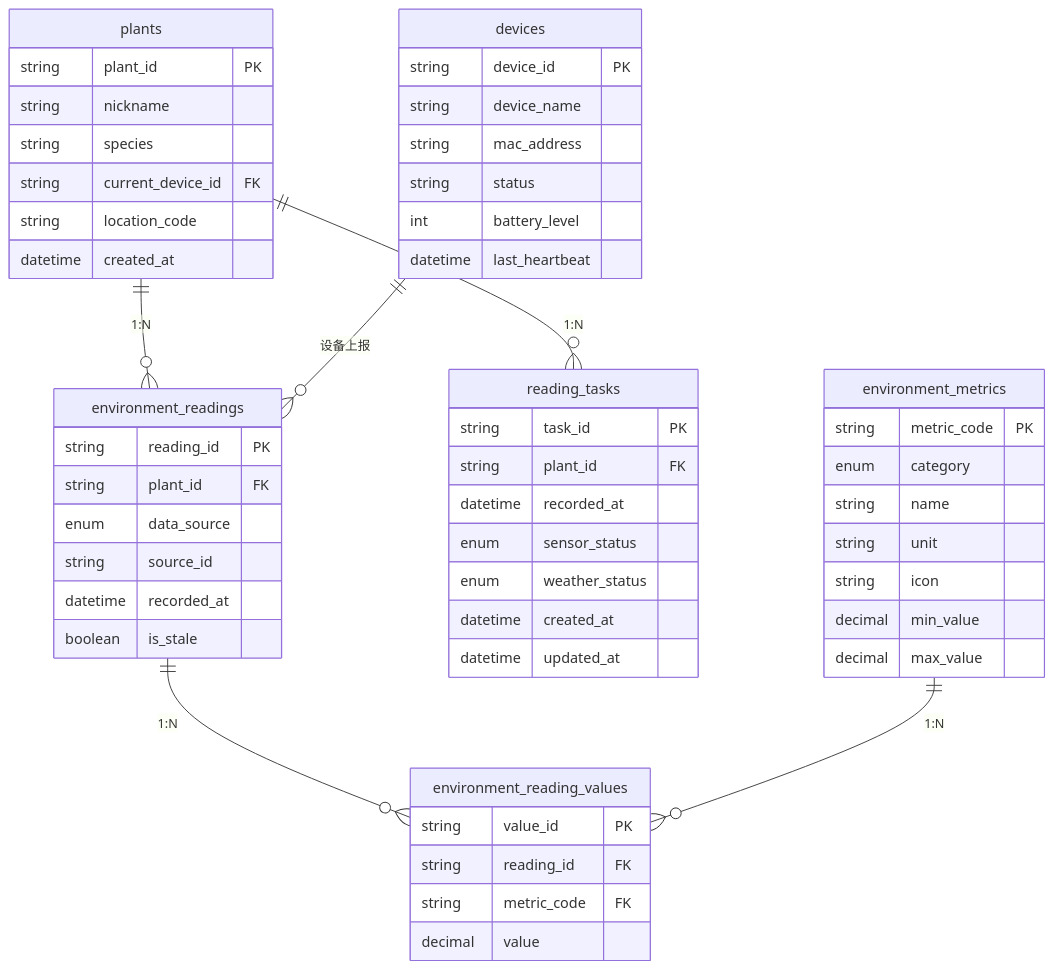
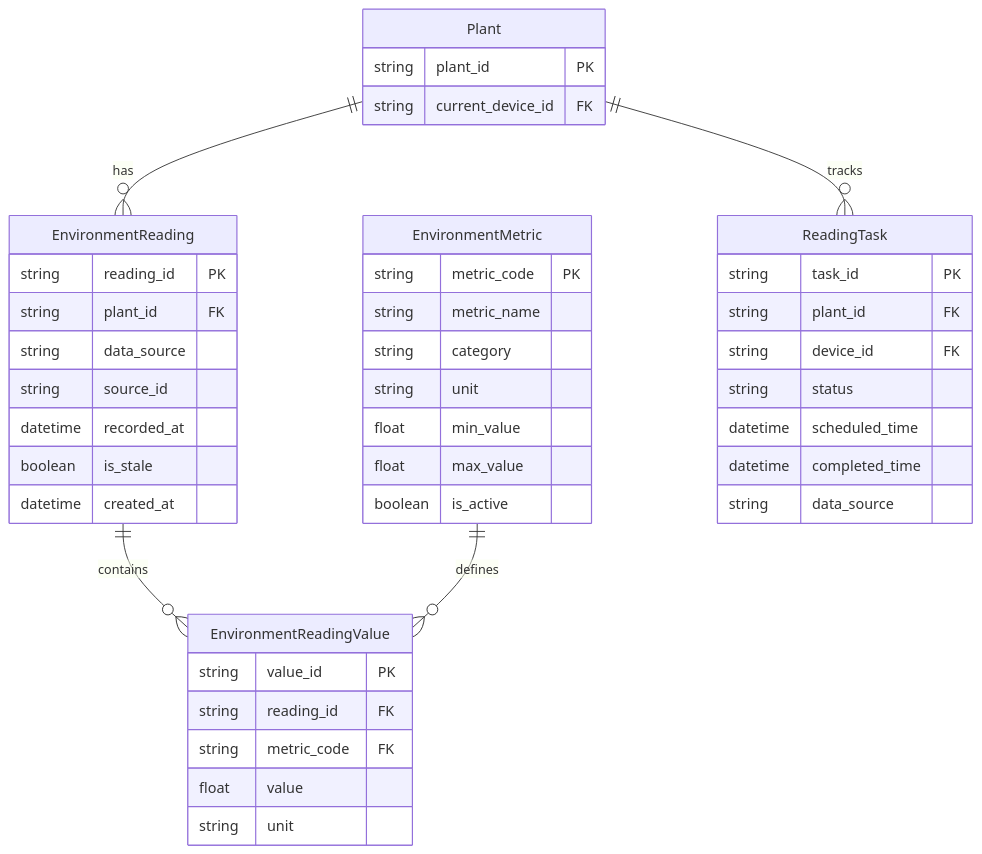
Before and after one commit to ShatterDusk/smart-garden-mvp: the third of 7 diagrams in docs/current/02-architecture/环境数据系统架构图.md, drawn with Mermaid. The commit also changed other lines of this file and 329 other files, not shown here.

````diff
--- a/docs/current/02-architecture/环境数据系统架构图.md
+++ b/docs/current/02-architecture/环境数据系统架构图.md
@@ -189,62 +168,50 @@
 ```mermaid
 erDiagram
-    plants ||--o{ environment_readings : "1:N"
-    plants ||--o{ reading_tasks : "1:N"
-    environment_readings ||--o{ environment_reading_values : "1:N"
-    environment_metrics ||--o{ environment_reading_values : "1:N"
-    devices ||--o{ environment_readings : "设备上报"
+    EnvironmentReading ||--o{ EnvironmentReadingValue : contains
+    EnvironmentMetric ||--o{ EnvironmentReadingValue : defines
+    Plant ||--o{ EnvironmentReading : has
+    Plant ||--o{ ReadingTask : tracks
     
-    plants {
-        string plant_id PK
-        string nickname
-        string species
-        string current_device_id FK
-        string location_code
+    EnvironmentReading {
+        string reading_id PK
+        string plant_id FK
+        string data_source
+        string source_id
+        datetime recorded_at
+        boolean is_stale
         datetime created_at
     }
     
-    devices {
-        string device_id PK
-        string device_name
-        string mac_address
-        string status
-        int battery_level
-        datetime last_heartbeat
-    }
-    
-    reading_tasks {
-        string task_id PK
-        string plant_id FK
-        datetime recorded_at
-        enum sensor_status
-        enum weather_status
-        datetime created_at
-        datetime updated_at
-    }
-    
-    environment_readings {
-        string reading_id PK
-        string plant_id FK
-        enum data_source
-        string source_id
-        datetime recorded_at
-        boolean is_stale
-    }
-    
-    environment_reading_values {
+    EnvironmentReadingValue {
         string value_id PK
         string reading_id FK
         string metric_code FK
-        decimal value
+        float value
+        string unit
     }
     
-    environment_metrics {
+    EnvironmentMetric {
         string metric_code PK
-        enum category
-        string name
+        string metric_name
+        string category
         string unit
-        string icon
-        decimal min_value
-        decimal max_value
+        float min_value
+        float max_value
+        boolean is_active
+    }
+    
+    ReadingTask {
+        string task_id PK
+        string plant_id FK
+        string device_id FK
+        string status
+        datetime scheduled_time
+        datetime completed_time
+        string data_source
+    }
+    
+    Plant {
+        string plant_id PK
+        string current_device_id FK
     }
 ```
````
